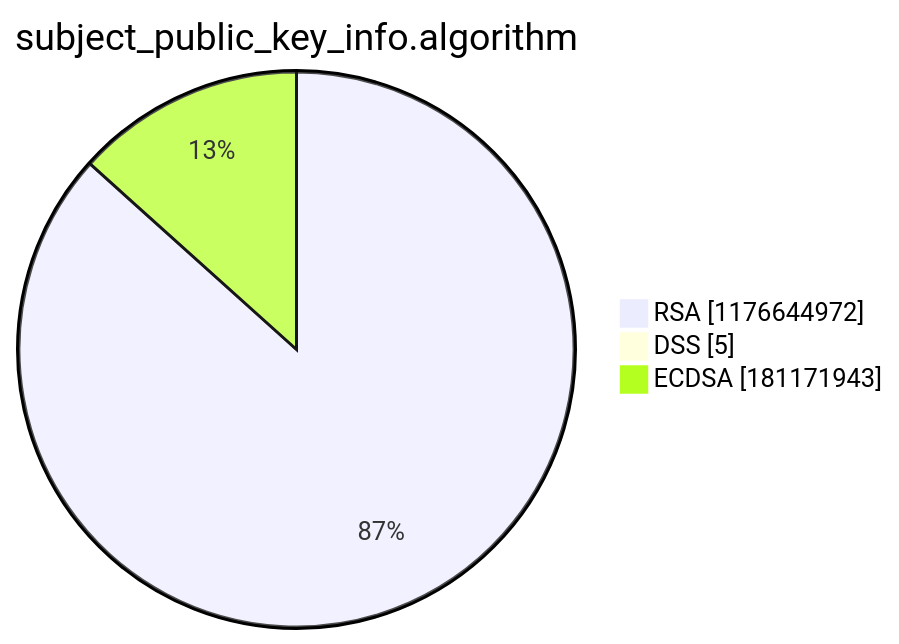
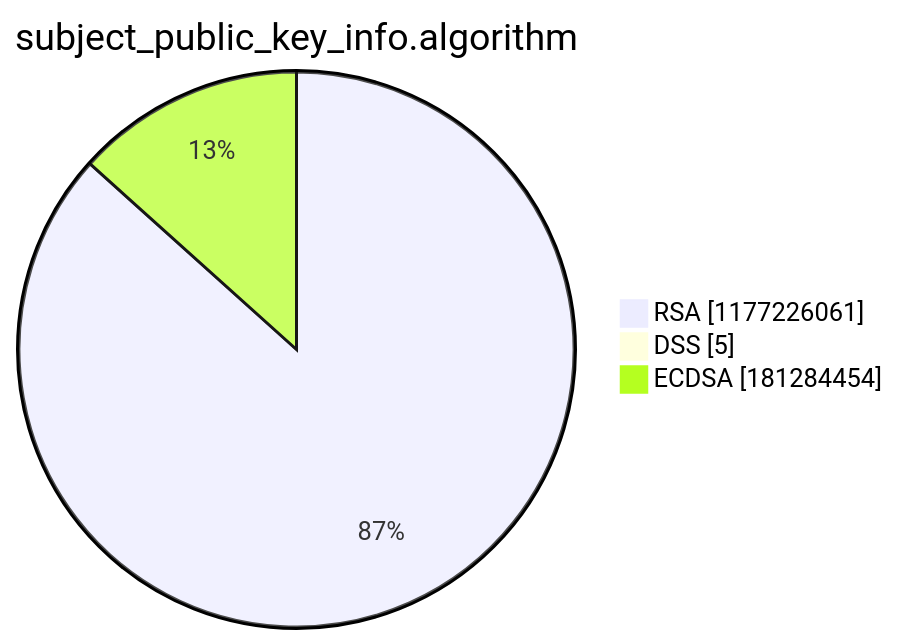
The third of 15 diagrams in argon2022/README.md (christiankrug/ctmonitor_visualization), drawn with Mermaid before and after one commit. The commit also changed other lines of this file, not shown here.

````diff
--- a/argon2022/README.md
+++ b/argon2022/README.md
@@ -14,7 +14,7 @@
 ```mermaid
 pie showData
 title subject_public_key_info.algorithm
-"RSA" :1176644972
+"RSA" :1177226061
 "DSS" :5
-"ECDSA" :181171943
+"ECDSA" :181284454
 ```
````
